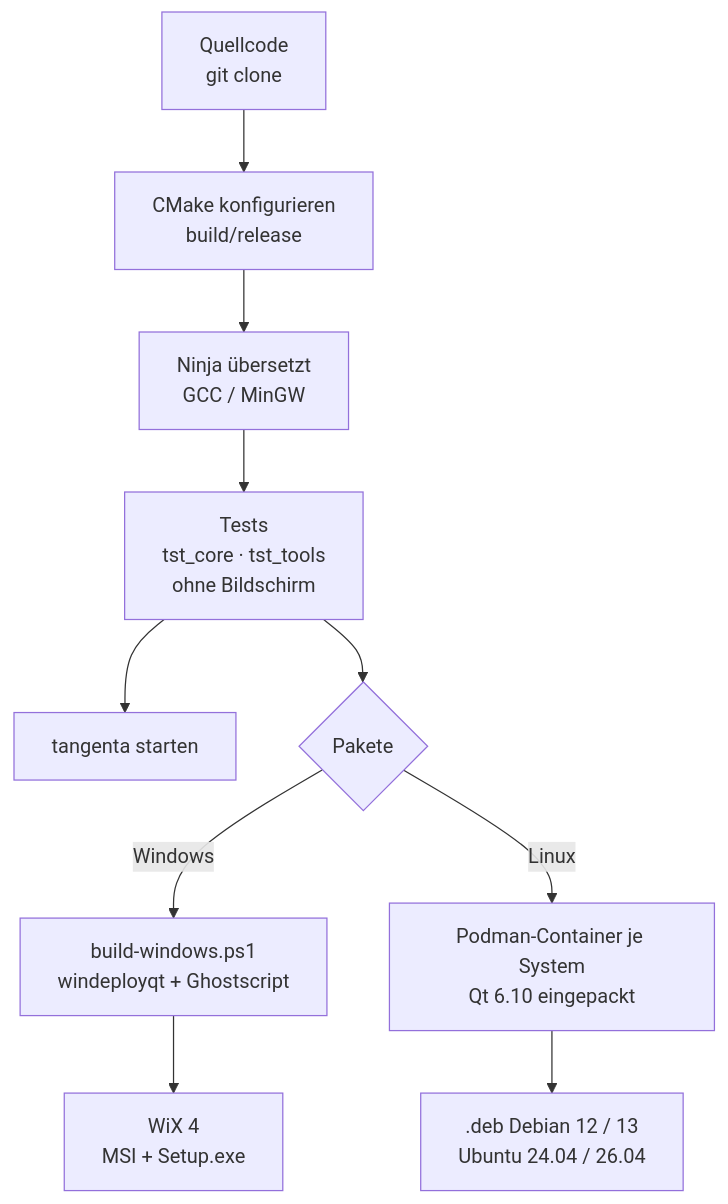
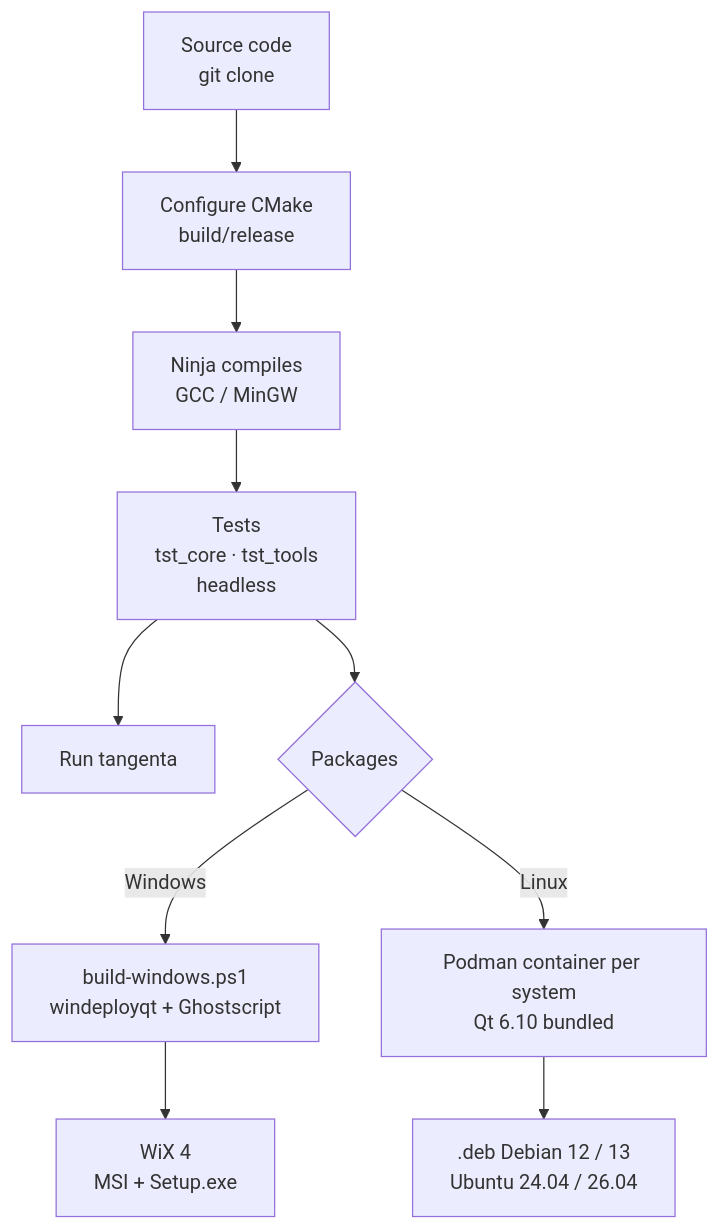
One commit to roli8200/tangenta changed the second of 4 diagrams in BUILD.md. Above: the diagram before and after it, drawn with Mermaid. The commit also changed other lines of this file and 28 other files, not shown here.

````diff
--- a/BUILD.md
+++ b/BUILD.md
@@ -77,10 +76,10 @@
 ```mermaid
 flowchart TD
-    src[Quellcode<br/>git clone] --> cfg[CMake konfigurieren<br/>build/release]
-    cfg --> ninja[Ninja übersetzt<br/>GCC / MinGW]
-    ninja --> tests[Tests<br/>tst_core · tst_tools<br/>ohne Bildschirm]
-    tests --> run[tangenta starten]
-    tests --> pack{Pakete}
+    src[Source code<br/>git clone] --> cfg[Configure CMake<br/>build/release]
+    cfg --> ninja[Ninja compiles<br/>GCC / MinGW]
+    ninja --> tests[Tests<br/>tst_core · tst_tools<br/>headless]
+    tests --> run[Run tangenta]
+    tests --> pack{Packages}
     pack -->|Windows| dist[build-windows.ps1<br/>windeployqt + Ghostscript] --> msi[WiX 4<br/>MSI + Setup.exe]
-    pack -->|Linux| podman[Podman-Container je System<br/>Qt 6.10 eingepackt] --> deb[.deb Debian 12 / 13<br/>Ubuntu 24.04 / 26.04]
+    pack -->|Linux| podman[Podman container per system<br/>Qt 6.10 bundled] --> deb[.deb Debian 12 / 13<br/>Ubuntu 24.04 / 26.04]
 ```
````
